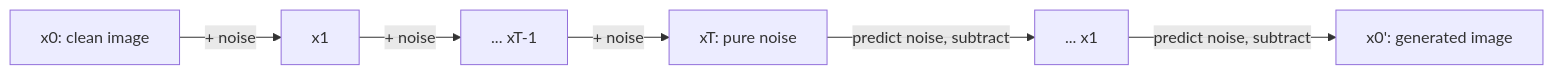
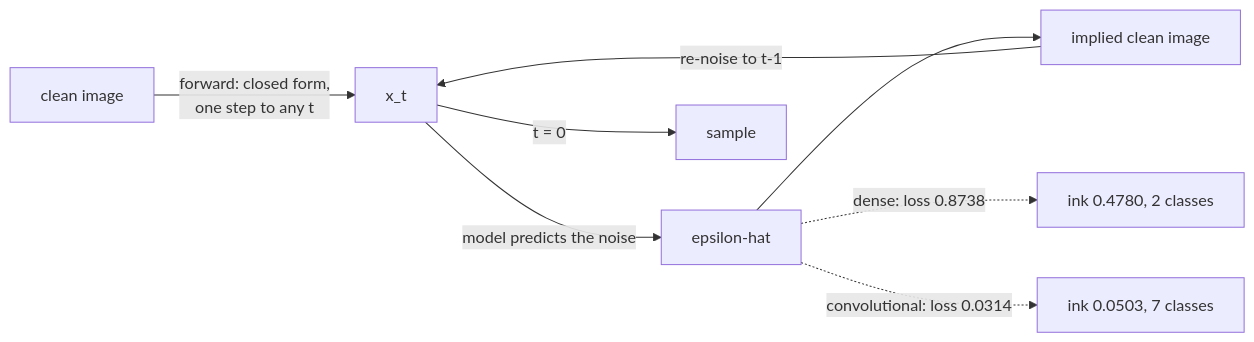
Before and after one commit to Ravikisha/PythonCentralHub: the diagram in src/content/docs/Deep Learning/Phase 06 - Generative Deep Learning/Diffusion Models (Introduction).mdx, drawn with Mermaid. The commit also changed other lines of this file and 626 other files, not shown here.

````diff
--- a/src/content/docs/Deep Learning/Phase 06 - Generative Deep Learning/Diffusion Models (Introduction).mdx
+++ b/src/content/docs/Deep Learning/Phase 06 - Generative Deep Learning/Diffusion Models (Introduction).mdx
@@ -34,8 +154,10 @@
-```mermaid title="Forward noising vs. reverse denoising" desc="Forward (top): gradually add noise until nothing recognizable remains. Reverse (bottom): a trained network removes a little predicted noise at each step, walking back to a clean image."
+```mermaid
 flowchart LR
-  X0["x0: clean image"] -->|"+ noise"| X1["x1"]
-  X1 -->|"+ noise"| X2["... xT-1"]
-  X2 -->|"+ noise"| XT["xT: pure noise"]
-  XT -->|"predict noise, subtract"| R2["... x1"]
-  R2 -->|"predict noise, subtract"| R1["x0': generated image"]
+  X0["clean image"] -->|"forward: closed form,<br/>one step to any t"| XT["x_t"]
+  XT -->|"model predicts the noise"| E["epsilon-hat"]
+  E --> X0H["implied clean image"]
+  X0H -->|"re-noise to t-1"| XT
+  XT -->|"t = 0"| OUT["sample"]
+  E -.->|"dense: loss 0.8738"| BAD["ink 0.4780, 2 classes"]
+  E -.->|"convolutional: loss 0.0314"| GOOD["ink 0.0503, 7 classes"]
 ```
````
